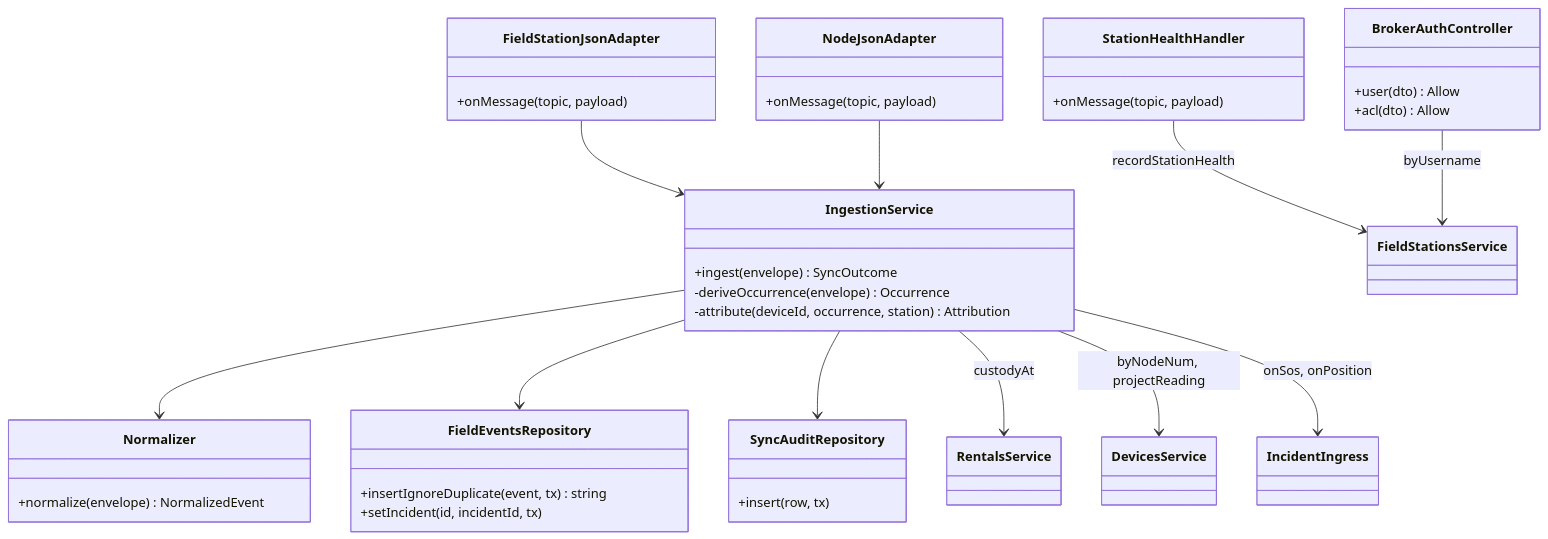
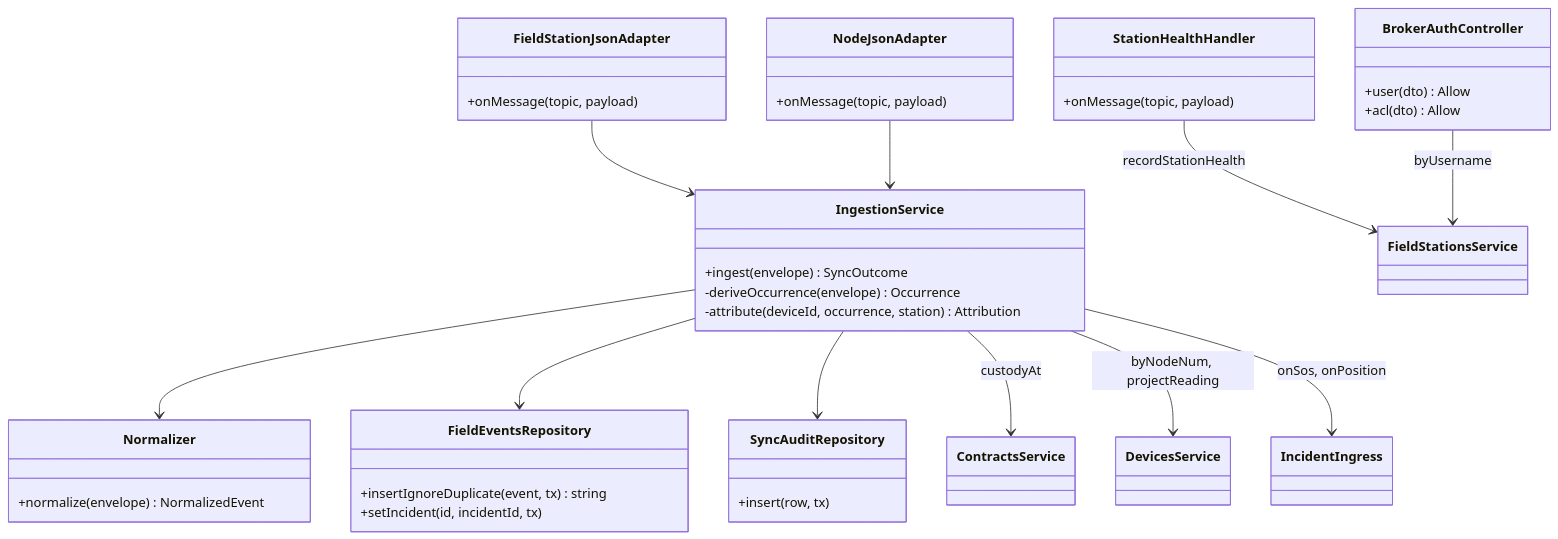
The fourth of 8 diagrams in specs/gateway-sync/design.md (TrekLink-Team/treklink-web), drawn with Mermaid before and after one commit. The commit also changed other lines of this file and 39 other files, not shown here.

````diff
--- a/specs/gateway-sync/design.md
+++ b/specs/gateway-sync/design.md
@@ -185,45 +186,45 @@
 ```mermaid
 classDiagram
     class FieldStationJsonAdapter {
         +onMessage(topic, payload)
     }
     class NodeJsonAdapter {
         +onMessage(topic, payload)
     }
     class StationHealthHandler {
         +onMessage(topic, payload)
     }
     class BrokerAuthController {
         +user(dto) Allow
         +acl(dto) Allow
     }
     class IngestionService {
         +ingest(envelope) SyncOutcome
         -deriveOccurrence(envelope) Occurrence
         -attribute(deviceId, occurrence, station) Attribution
     }
     class Normalizer {
         +normalize(envelope) NormalizedEvent
     }
     class FieldEventsRepository {
         +insertIgnoreDuplicate(event, tx) string
         +setIncident(id, incidentId, tx)
     }
     class SyncAuditRepository {
         +insert(row, tx)
     }
-    class RentalsService
+    class ContractsService
     class DevicesService
     class IncidentIngress
     class FieldStationsService
     FieldStationJsonAdapter --> IngestionService
     NodeJsonAdapter --> IngestionService
     StationHealthHandler --> FieldStationsService : recordStationHealth
     BrokerAuthController --> FieldStationsService : byUsername
     IngestionService --> Normalizer
     IngestionService --> FieldEventsRepository
     IngestionService --> SyncAuditRepository
-    IngestionService --> RentalsService : custodyAt
+    IngestionService --> ContractsService : custodyAt
     IngestionService --> DevicesService : byNodeNum, projectReading
     IngestionService --> IncidentIngress : onSos, onPosition
 ```
````
